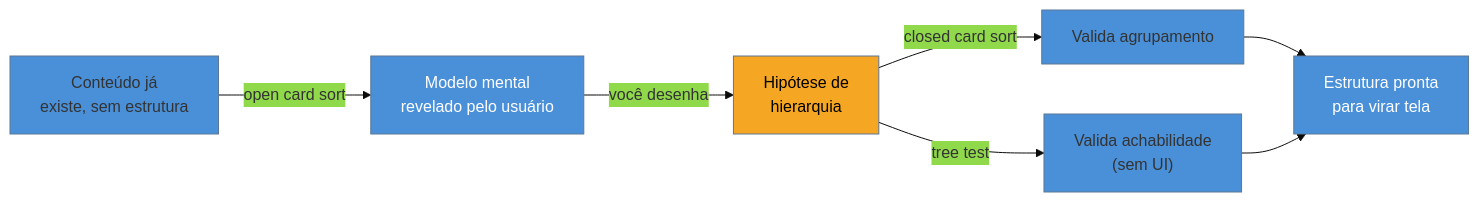
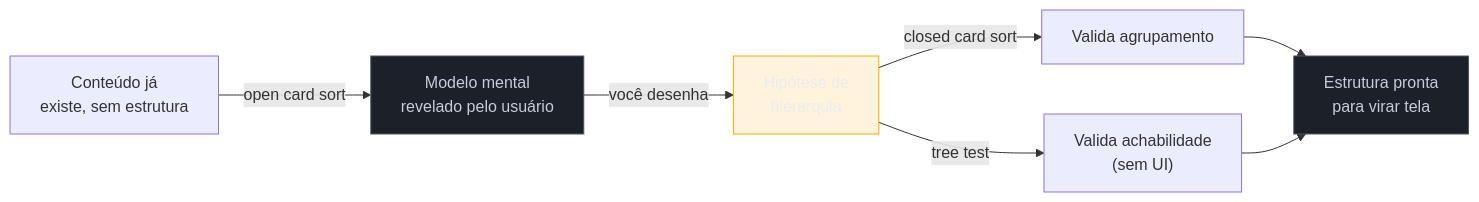
Before and after one commit to josenaldo/codex-technomanticus: the diagram in 03-Dominios/Engenharia/UX/Arquitetura de Informação/17 - Card sorting e tree testing de guerrilha.md, drawn with Mermaid. The commit also changed 1181 other files, not shown here.

First line of the commit message:
fix(diagramas): paleta do sistema no lugar de cor cravada no markdown

````diff
--- a/03-Dominios/Engenharia/UX/Arquitetura de Informação/17 - Card sorting e tree testing de guerrilha.md
+++ b/03-Dominios/Engenharia/UX/Arquitetura de Informação/17 - Card sorting e tree testing de guerrilha.md
@@ -37,13 +37,14 @@
 ```mermaid
-%%{init: {"theme": "base", "themeVariables": {"primaryColor": "#4A90D9"}}}%%
 graph LR
+    classDef neutro fill:#1B2029,stroke:#4E5666,color:#C6CCD8
+    classDef destaque fill:#FFAA0024,stroke:#FFAA00,color:#E9ECF2
     Q["Conteúdo já<br/>existe, sem estrutura"] -->|"open card sort"| M["Modelo mental<br/>revelado pelo usuário"]
     M -->|"você desenha"| H["Hipótese de<br/>hierarquia"]
     H -->|"closed card sort"| V1["Valida agrupamento"]
     H -->|"tree test"| V2["Valida achabilidade<br/>(sem UI)"]
     V1 --> D["Estrutura pronta<br/>para virar tela"]
     V2 --> D
-    style M fill:#4A90D9,color:#fff
-    style D fill:#4A90D9,color:#fff
-    style H fill:#F5A623,color:#000
+    class M neutro
+    class D neutro
+    class H destaque
 ```
````
